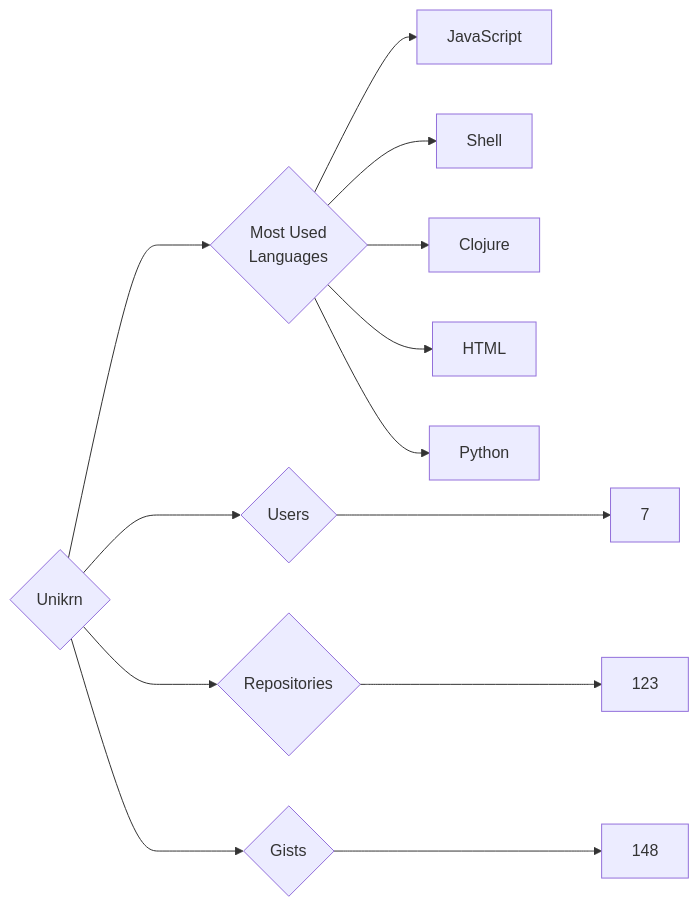
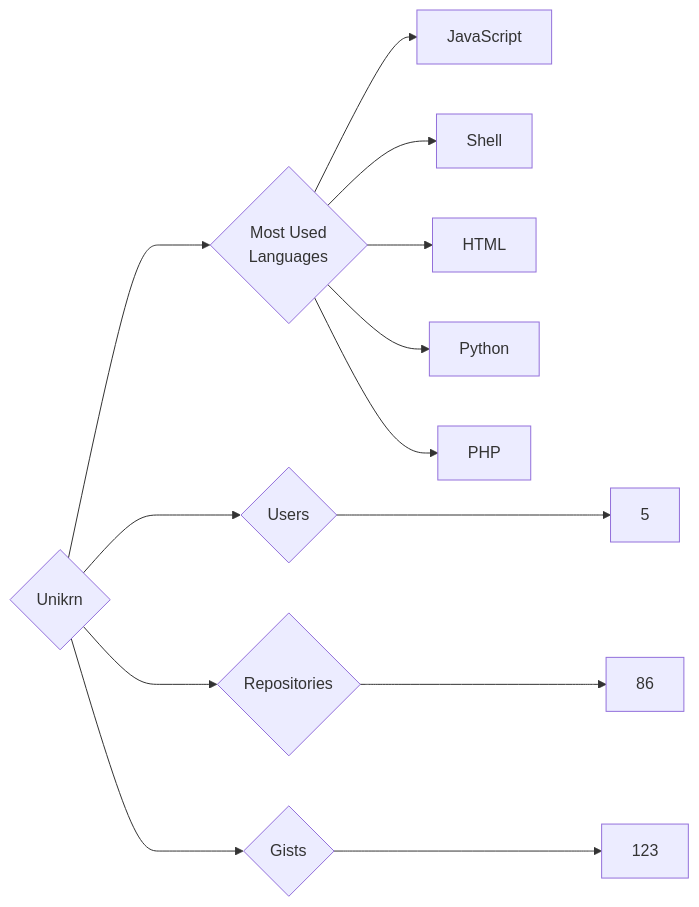
The diagram in targets/Unikrn/README.md (trickest/insiders), drawn with Mermaid before and after one commit. The commit also changed 1484 other files, not shown here.

````diff
--- a/targets/Unikrn/README.md
+++ b/targets/Unikrn/README.md
@@ -3,13 +3,13 @@
 ```mermaid
 graph LR
 COMPANY_NAME{Unikrn}
-COMPANY_NAME ---> U{Users} ---> UN[7]
-COMPANY_NAME ---> R{Repositories} ---> RN[123]
-COMPANY_NAME ---> G{Gists} ---> GN[148]
+COMPANY_NAME ---> U{Users} ---> UN[5]
+COMPANY_NAME ---> R{Repositories} ---> RN[86]
+COMPANY_NAME ---> G{Gists} ---> GN[123]
 COMPANY_NAME ---> ML{Most Used<br>Languages}
 ML --> JavaScript[JavaScript]
 ML --> Shell[Shell]
-ML --> Clojure[Clojure]
 ML --> HTML[HTML]
 ML --> Python[Python]
+ML --> PHP[PHP]
 ```
````
